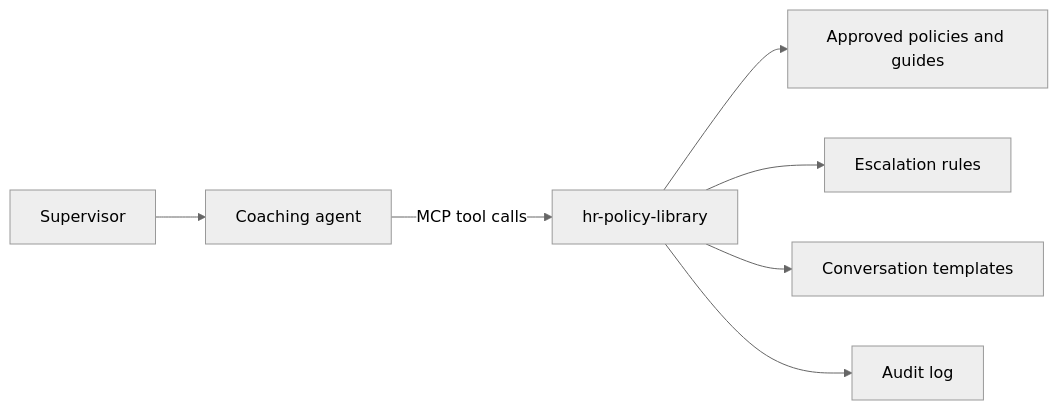
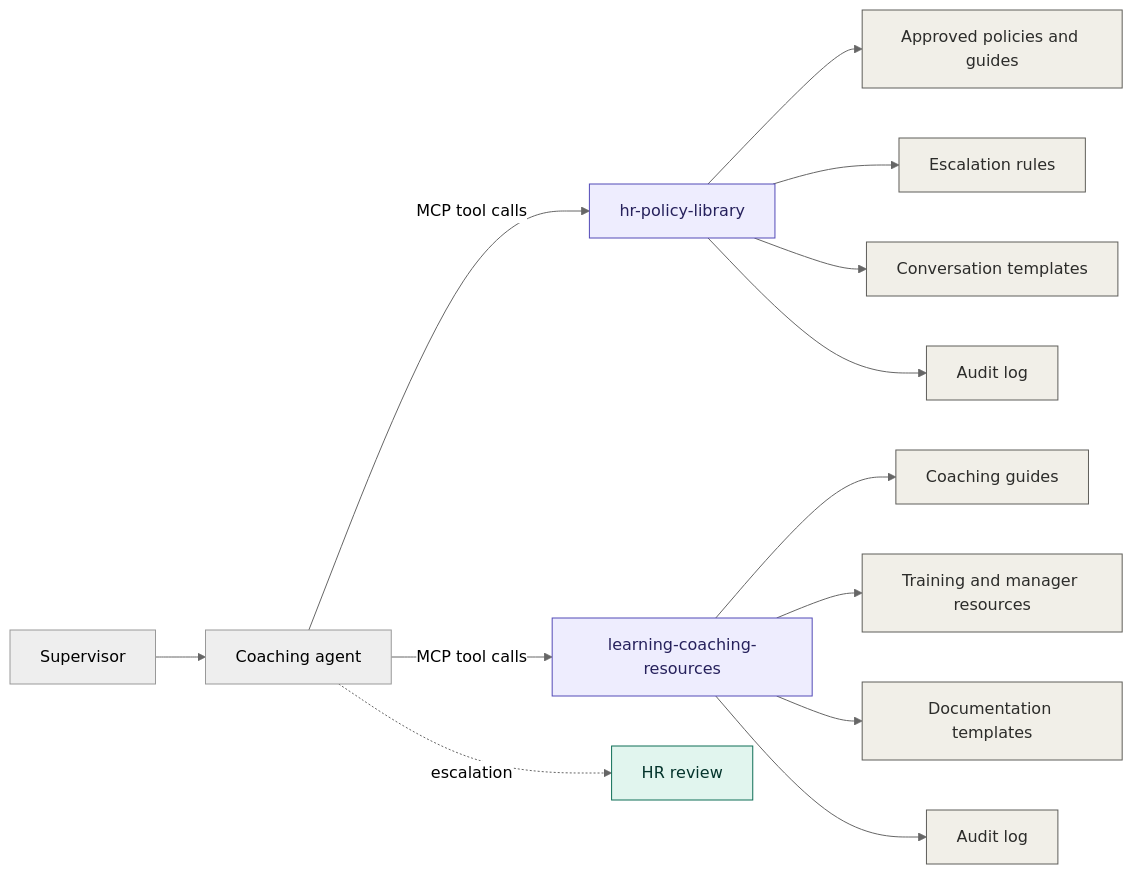
The first of 2 diagrams in README.md (elyse-deq/HR-Supervisor-Coaching), drawn with Mermaid (neutral theme) before and after one commit. The commit also changed other lines of this file, not shown here.

````diff
--- a/README.md
+++ b/README.md
@@ -22,9 +11,24 @@
 ```mermaid
 flowchart LR
     S[Supervisor] --> A[Coaching agent]
-    A -->|MCP tool calls| M[hr-policy-library]
-    M --> P[Approved policies and guides]
-    M --> E[Escalation rules]
-    M --> T[Conversation templates]
-    M --> L[Audit log]
+    A -->|MCP tool calls| P[hr-policy-library]
+    A -->|MCP tool calls| L[learning-coaching-resources]
+    A -.->|escalation| H[HR review]
+
+    P --> P1[Approved policies and guides]
+    P --> P2[Escalation rules]
+    P --> P3[Conversation templates]
+    P --> P4[Audit log]
+
+    L --> L1[Coaching guides]
+    L --> L2[Training and manager resources]
+    L --> L3[Documentation templates]
+    L --> L4[Audit log]
+
+    classDef server fill:#EEEDFE,stroke:#534AB7,color:#26215C
+    classDef content fill:#F1EFE8,stroke:#5F5E5A,color:#2C2C2A
+    classDef human fill:#E1F5EE,stroke:#0F6E56,color:#04342C
+    class P,L server
+    class P1,P2,P3,P4,L1,L2,L3,L4 content
+    class H human
 ```
````
